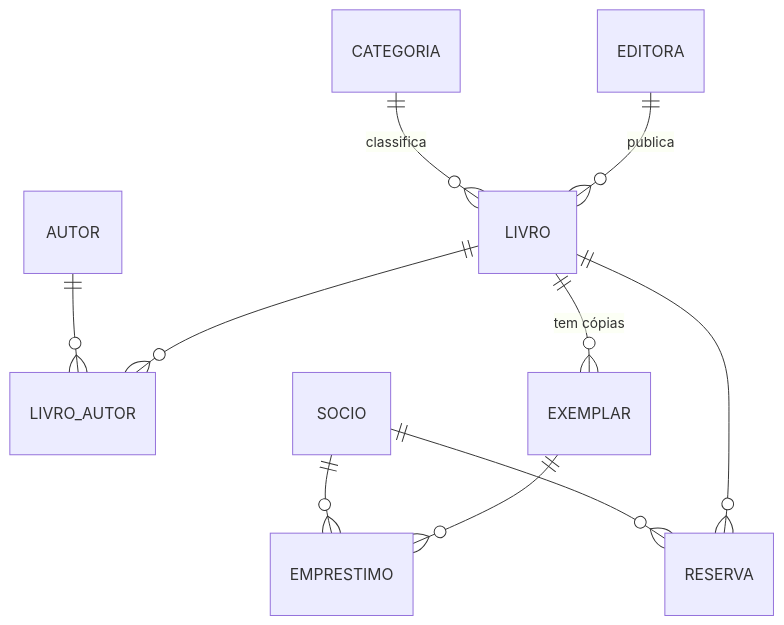
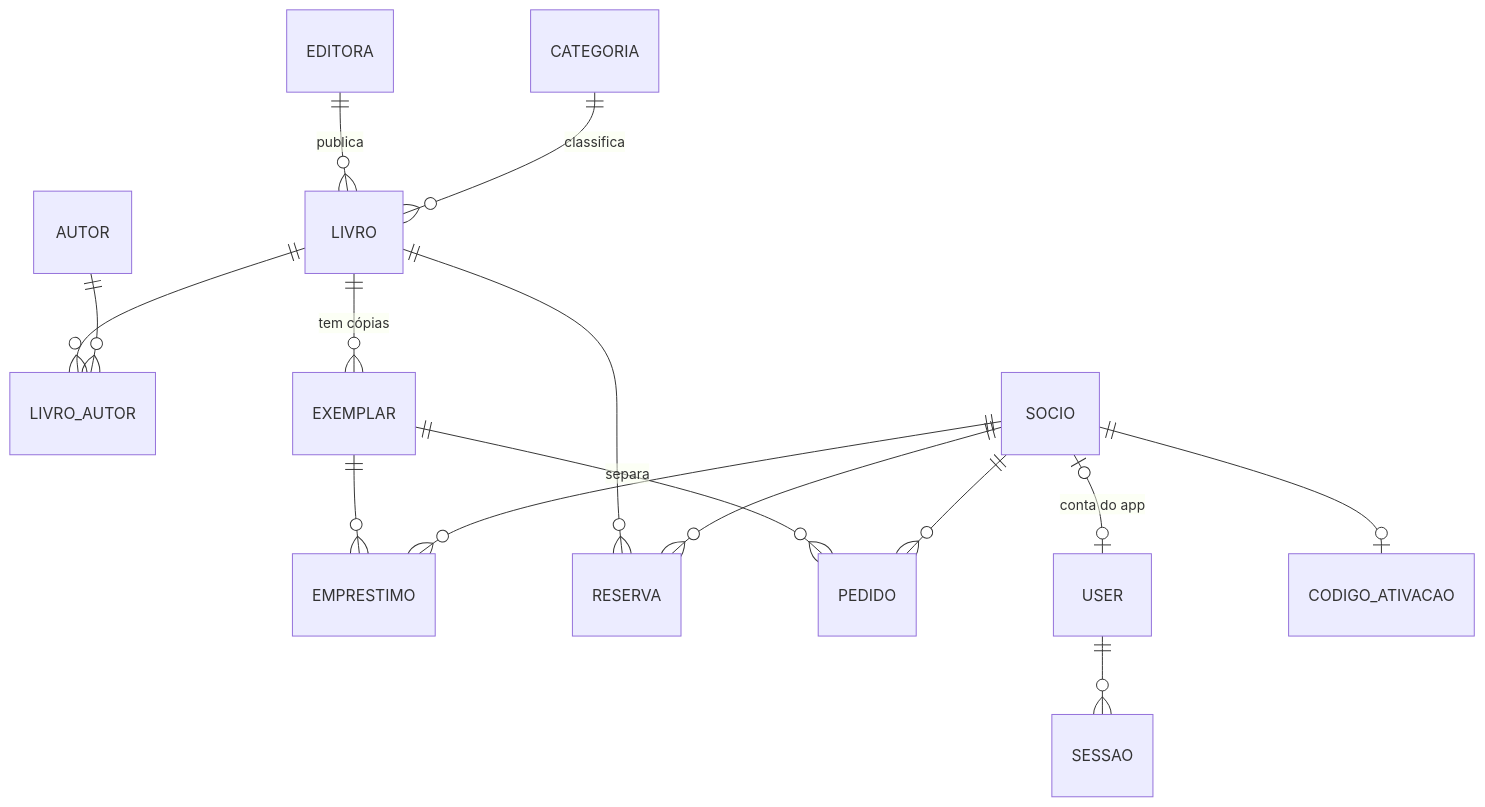
Before and after one commit to leonardosf98/yesod-biblioteca: the diagram in README.md, drawn with Mermaid. The commit also changed other lines of this file and 69 other files, not shown here.

````diff
--- a/README.md
+++ b/README.md
@@ -78,12 +89,17 @@
 ```mermaid
 erDiagram
     EDITORA ||--o{ LIVRO : publica
     CATEGORIA ||--o{ LIVRO : classifica
     LIVRO ||--o{ LIVRO_AUTOR : ""
     AUTOR ||--o{ LIVRO_AUTOR : ""
     LIVRO ||--o{ EXEMPLAR : "tem cópias"
     EXEMPLAR ||--o{ EMPRESTIMO : ""
     SOCIO ||--o{ EMPRESTIMO : ""
     LIVRO ||--o{ RESERVA : ""
     SOCIO ||--o{ RESERVA : ""
+    EXEMPLAR ||--o{ PEDIDO : "separa"
+    SOCIO ||--o{ PEDIDO : ""
+    SOCIO |o--o| USER : "conta do app"
+    USER ||--o{ SESSAO : ""
+    SOCIO ||--o| CODIGO_ATIVACAO : ""
 ```
````
